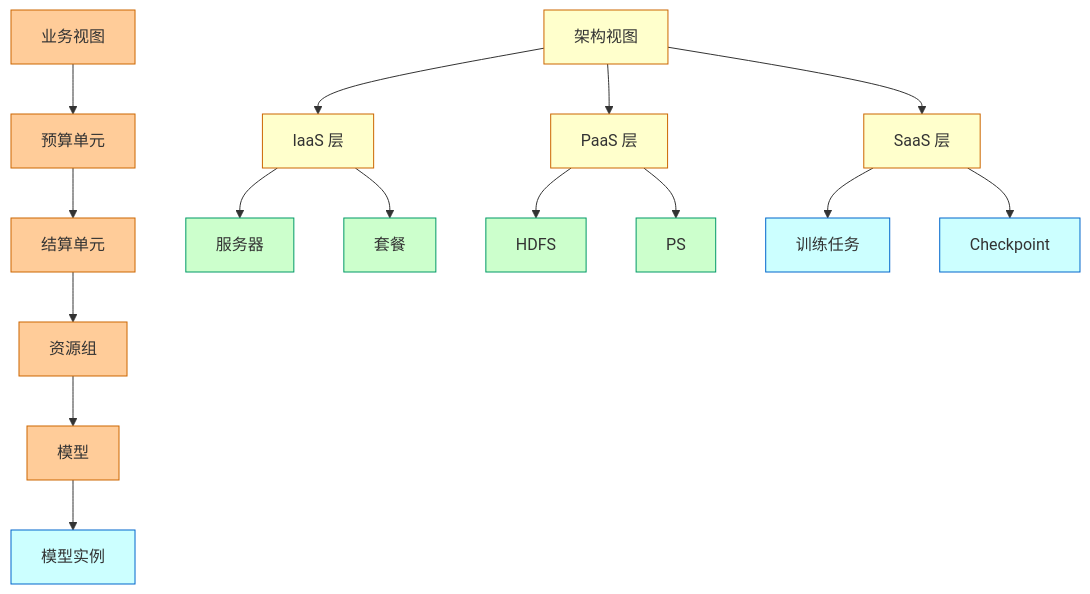
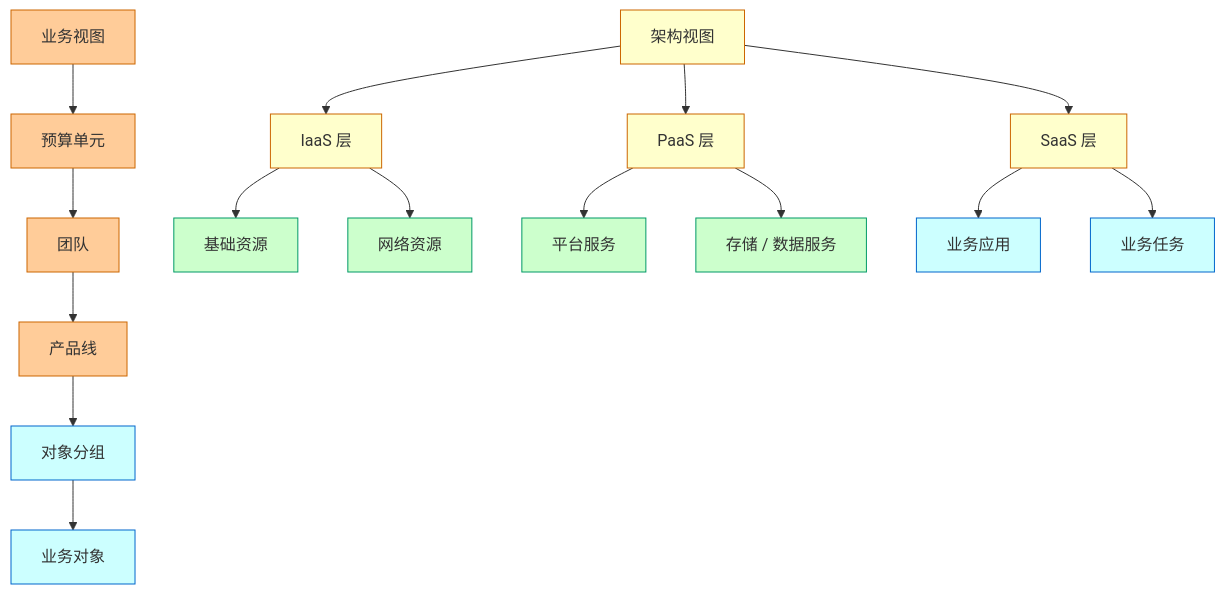
One commit to xyjunco/junco-skill changed the eighth of 9 diagrams in references/diagram-patterns.md. Above: the diagram before and after it, drawn with Mermaid. The commit also changed other lines of this file and 4 other files, not shown here.

````diff
--- a/references/diagram-patterns.md
+++ b/references/diagram-patterns.md
@@ -303,31 +303,31 @@
 ```mermaid
 graph TD
   Business["业务视图"] --> BU["预算单元"]
-  BU --> Settlement["结算单元"]
-  Settlement --> RG["资源组"]
-  RG --> Model["模型"]
-  Model --> Instance["模型实例"]
+  BU --> Team["团队"]
+  Team --> ProductLine["产品线"]
+  ProductLine --> ObjectGroup["对象分组"]
+  ObjectGroup --> BusinessObject["业务对象"]
 
   Architecture["架构视图"] --> IaaS["IaaS 层"]
   Architecture --> PaaS["PaaS 层"]
   Architecture --> SaaS["SaaS 层"]
-  IaaS --> Server["服务器"]
-  IaaS --> Package["套餐"]
-  PaaS --> HDFS["HDFS"]
-  PaaS --> PS["PS"]
-  SaaS --> Job["训练任务"]
-  SaaS --> Checkpoint["Checkpoint"]
+  IaaS --> Host["基础资源"]
+  IaaS --> Network["网络资源"]
+  PaaS --> Service["平台服务"]
+  PaaS --> Storage["存储 / 数据服务"]
+  SaaS --> Application["业务应用"]
+  SaaS --> Task["业务任务"]
 
-  class Business,BU,Settlement,RG,Model actor;
-  class Instance,Job,Checkpoint core;
+  class Business,BU,Team,ProductLine actor;
+  class ObjectGroup,BusinessObject,Application,Task core;
   class Architecture,IaaS,PaaS,SaaS control;
-  class Server,Package,HDFS,PS runtime;
+  class Host,Network,Service,Storage runtime;
 
   classDef actor fill:#FFCC99,stroke:#CC6600,color:#333333;
   classDef core fill:#CCFFFF,stroke:#0066CC,color:#333333;
   classDef runtime fill:#CCFFCC,stroke:#009966,color:#333333;
   classDef control fill:#FFFFCC,stroke:#CC6600,color:#333333;
   classDef data fill:#CCCCFF,stroke:#663399,color:#333333;
   classDef risk fill:#FFCCCC,stroke:#CC3333,color:#333333;
   classDef neutral fill:#FFFFFF,stroke:#999999,color:#333333;
 ```
````
